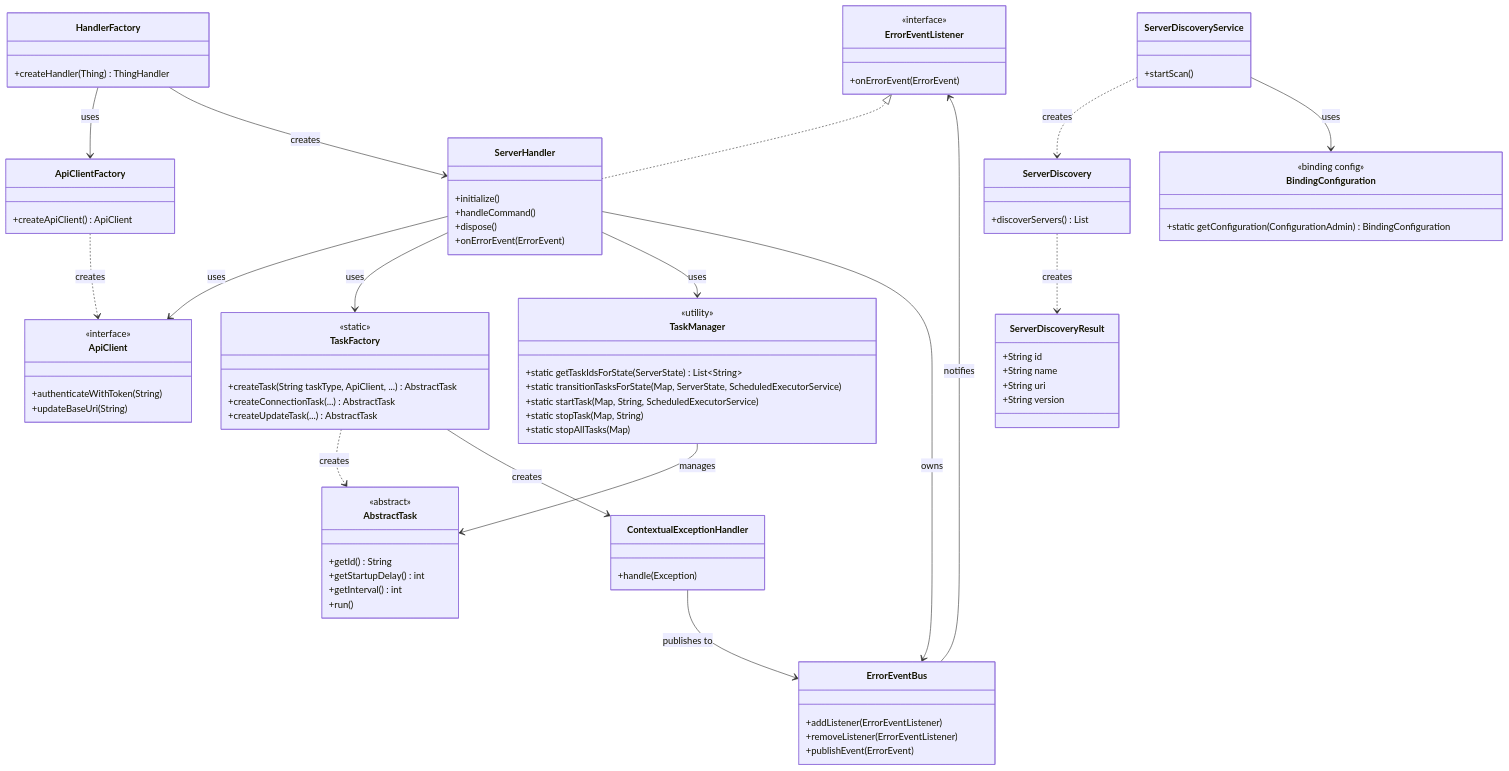
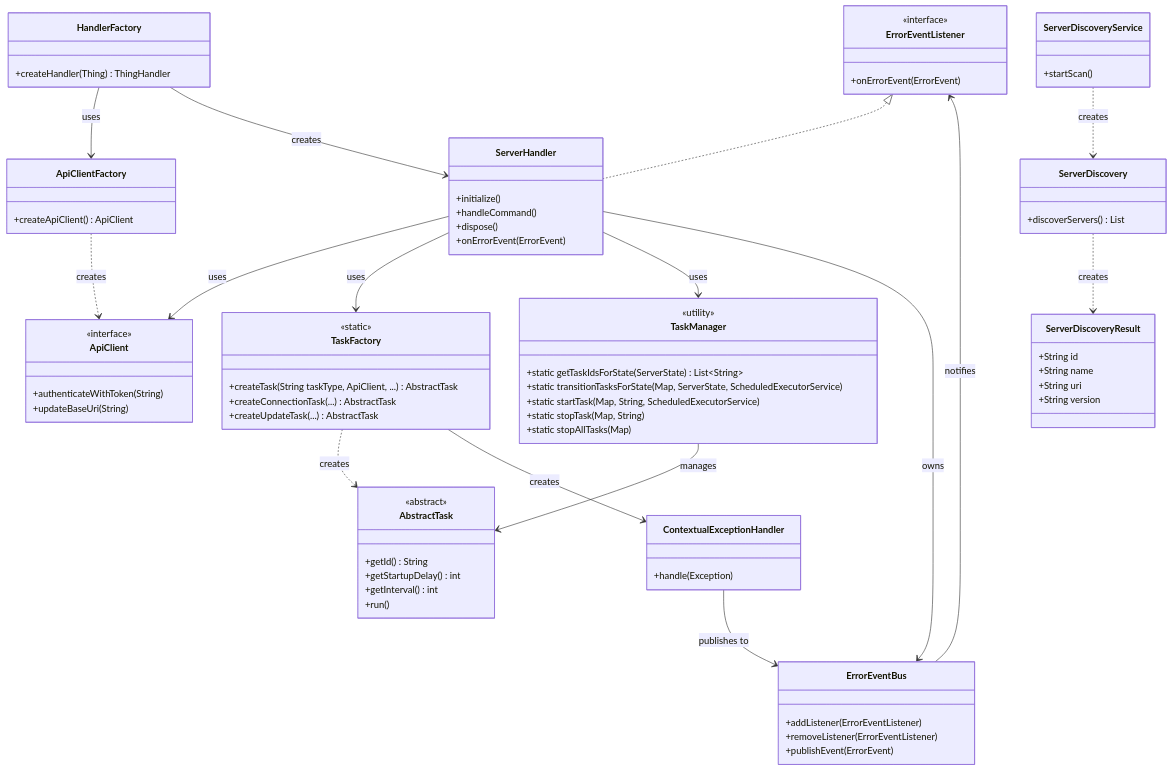
One commit to openhab/openhab-addons changed the diagram in bundles/org.openhab.binding.jellyfin/CONTRIBUTION.md. Above: the diagram before and after it, drawn with Mermaid. The commit also changed other lines of this file, not shown here.

First line of the commit message:
📝 docs: remove BindingConfiguration from architecture diagram

```diff
--- a/bundles/org.openhab.binding.jellyfin/CONTRIBUTION.md
+++ b/bundles/org.openhab.binding.jellyfin/CONTRIBUTION.md
@@ -18,7 +18,6 @@
     ServerHandler --> TaskManager : uses
     ServerHandler --> ErrorEventBus : owns
     ServerDiscoveryService ..> ServerDiscovery : creates
-    ServerDiscoveryService --> BindingConfiguration : uses
     TaskFactory ..> AbstractTask : creates
     TaskManager --> AbstractTask : manages
     ServerDiscovery ..> ServerDiscoveryResult : creates
@@ -82,11 +81,6 @@
         +createUpdateTask(...) AbstractTask
     }
     
-    class BindingConfiguration {
-        <<binding config>>
-        +static getConfiguration(ConfigurationAdmin) BindingConfiguration
-    }
-    
     class ServerDiscoveryResult {
         +String id
         +String name
```
